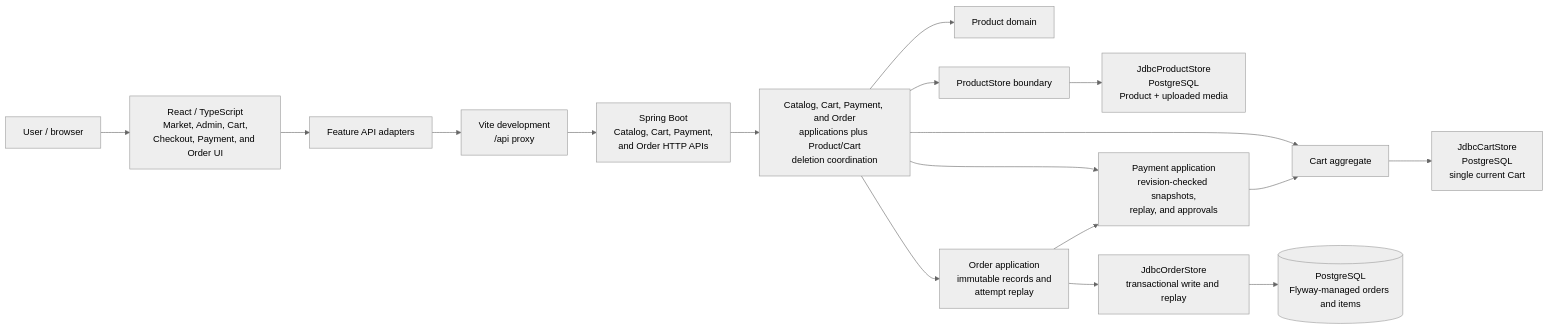
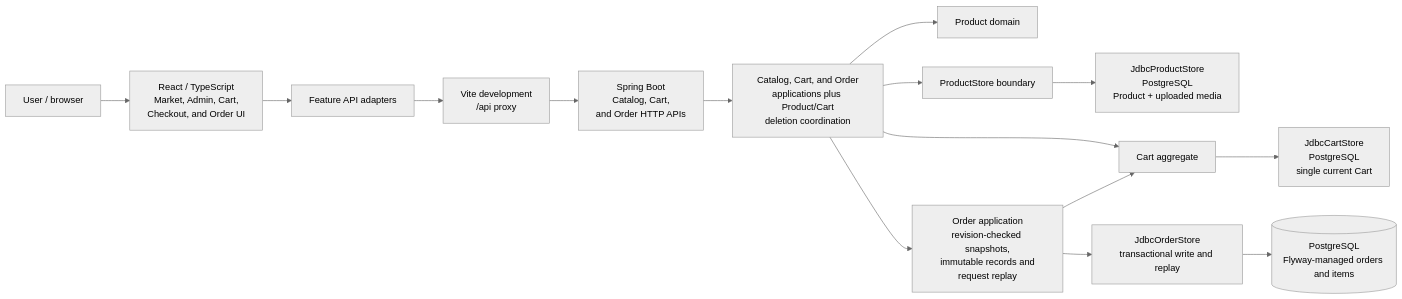
One commit to Samska/samska-sandbox changed the first of 2 diagrams in README.md. Above: the diagram before and after it, drawn with Mermaid (neutral theme). The commit also changed other lines of this file and 127 other files, not shown here.

Commit message:
Remove the simulated payment; Checkout places the Order in one step (SS-094)

````diff
--- a/README.md
+++ b/README.md
@@ -89,19 +87,17 @@
 ```mermaid
 flowchart LR
-    User[User / browser] --> UI[React / TypeScript<br/>Market, Admin, Cart,<br/>Checkout, Payment, and Order UI]
+    User[User / browser] --> UI[React / TypeScript<br/>Market, Admin, Cart,<br/>Checkout, and Order UI]
     UI --> Adapter[Feature API adapters]
     Adapter --> Proxy[Vite development<br/>/api proxy]
-    Proxy --> HTTP[Spring Boot<br/>Catalog, Cart, Payment,<br/>and Order HTTP APIs]
-    HTTP --> App[Catalog, Cart, Payment, and Order<br/>applications plus Product/Cart<br/>deletion coordination]
+    Proxy --> HTTP[Spring Boot<br/>Catalog, Cart,<br/>and Order HTTP APIs]
+    HTTP --> App[Catalog, Cart, and Order<br/>applications plus Product/Cart<br/>deletion coordination]
     App --> Domain[Product domain]
     App --> Store[ProductStore boundary]
     Store --> Memory[JdbcProductStore<br/>PostgreSQL<br/>Product + uploaded media]
     App --> Cart[Cart aggregate]
     Cart --> CartMemory[JdbcCartStore<br/>PostgreSQL<br/>single current Cart]
-    App --> Payment[Payment application<br/>revision-checked snapshots,<br/>replay, and approvals]
-    Payment --> Cart
-    App --> Order[Order application<br/>immutable records and<br/>attempt replay]
-    Order --> Payment
+    App --> Order[Order application<br/>revision-checked snapshots,<br/>immutable records and<br/>request replay]
+    Order --> Cart
     Order --> Jdbc[JdbcOrderStore<br/>transactional write and replay]
     Jdbc --> Postgres[(PostgreSQL<br/>Flyway-managed orders and items)]
 ```
````
